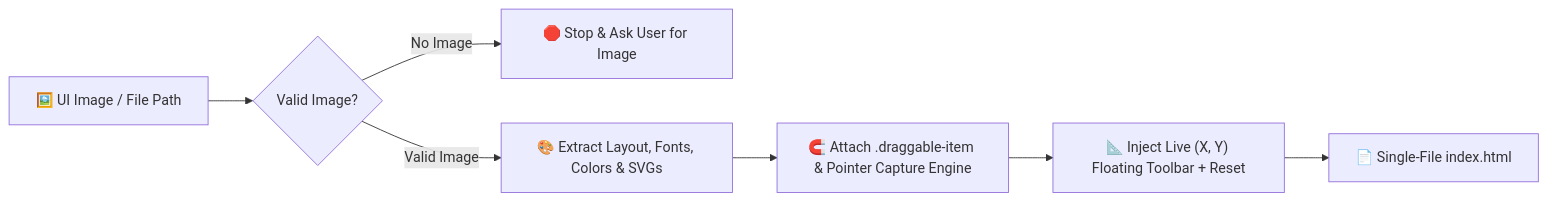
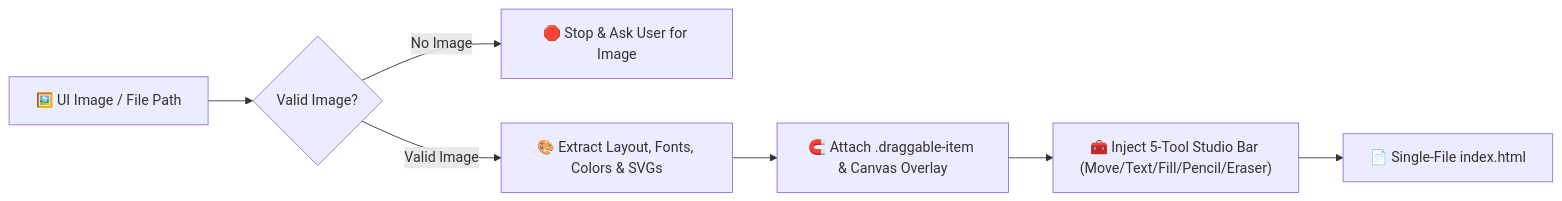
One commit to Dparamet/image-to-interactive-html changed the diagram in README.md. Above: the diagram before and after it, drawn with Mermaid. The commit also changed other lines of this file and 4 other files, not shown here.

Commit message:
feat: add 5-in-1 Interactive UI Studio tools (Move, Text, Fill, Pencil, Eraser)

````diff
--- a/README.md
+++ b/README.md
@@ -42,9 +43,9 @@
 ```mermaid
 flowchart LR
     Input["🖼️ UI Image / File Path"] --> Guardrail{"Valid Image?"}
     Guardrail -- "No Image" --> Stop["🛑 Stop & Ask User for Image"]
     Guardrail -- "Valid Image" --> Extract["🎨 Extract Layout, Fonts, Colors & SVGs"]
-    Extract --> Wire["🧲 Attach .draggable-item & Pointer Capture Engine"]
-    Wire --> Toolbar["📐 Inject Live (X, Y) Floating Toolbar + Reset"]
+    Extract --> Wire["🧲 Attach .draggable-item & Canvas Overlay"]
+    Wire --> Toolbar["🧰 Inject 5-Tool Studio Bar (Move/Text/Fill/Pencil/Eraser)"]
     Toolbar --> Output["📄 Single-File index.html"]
 ```
````
